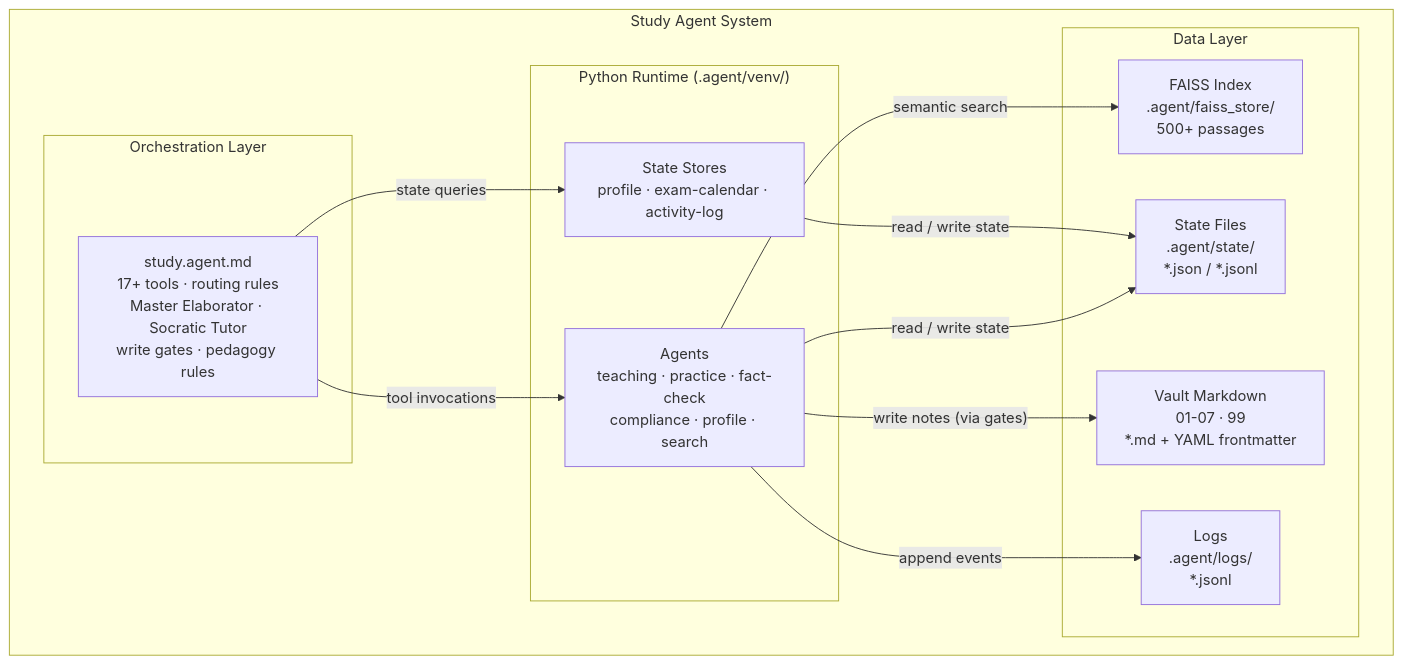
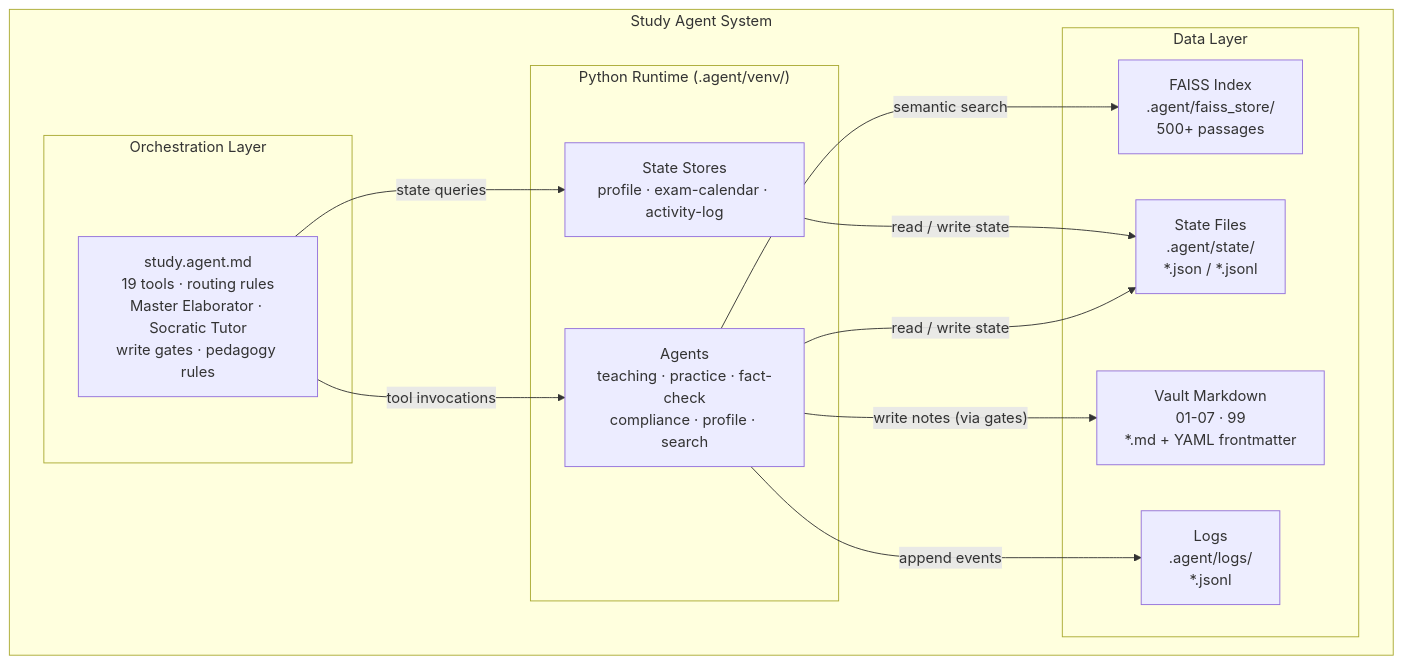
The second of 12 diagrams in 00 - System/Agent Architecture (C4+1).md (rabindranath-mishra/Study_Agent), drawn with Mermaid before and after one commit. The commit also changed other lines of this file, not shown here.

First line of the commit message:
docs(architecture): sync C4+1 doc with current tool behaviour

````diff
--- a/00 - System/Agent Architecture (C4+1).md
+++ b/00 - System/Agent Architecture (C4+1).md
@@ -98,28 +100,28 @@
 ```mermaid
 graph TB
     subgraph SAS["Study Agent System"]
         subgraph ORCH["Orchestration Layer"]
-            SAMD["study.agent.md<br/>17+ tools · routing rules<br/>Master Elaborator · Socratic Tutor<br/>write gates · pedagogy rules"]
+            SAMD["study.agent.md<br/>19 tools · routing rules<br/>Master Elaborator · Socratic Tutor<br/>write gates · pedagogy rules"]
         end
 
         subgraph PY["Python Runtime (.agent/venv/)"]
             Agents["Agents<br/>teaching · practice · fact-check<br/>compliance · profile · search"]
             Stores["State Stores<br/>profile · exam-calendar · activity-log"]
         end
 
         subgraph DATA["Data Layer"]
             FAISS_IDX["FAISS Index<br/>.agent/faiss_store/<br/>500+ passages"]
             STATE_F["State Files<br/>.agent/state/<br/>*.json / *.jsonl"]
             VAULT_MD["Vault Markdown<br/>01-07 · 99<br/>*.md + YAML frontmatter"]
             LOGS_F["Logs<br/>.agent/logs/<br/>*.jsonl"]
         end
     end
 
     SAMD -- "tool invocations" --> Agents
     SAMD -- "state queries" --> Stores
     Agents -- "semantic search" --> FAISS_IDX
     Agents -- "read / write state" --> STATE_F
     Stores -- "read / write state" --> STATE_F
     Agents -- "write notes (via gates)" --> VAULT_MD
     Agents -- "append events" --> LOGS_F
 ```
````
